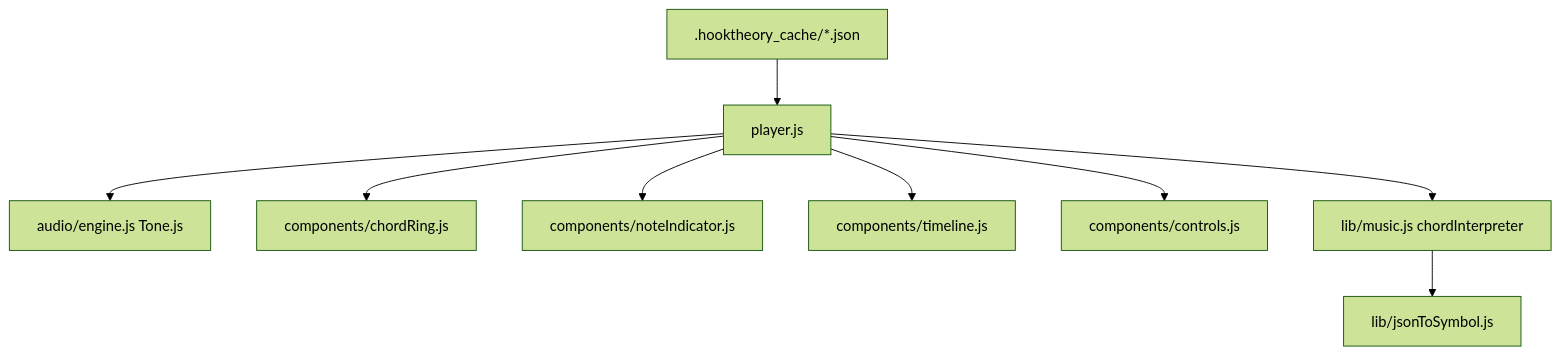
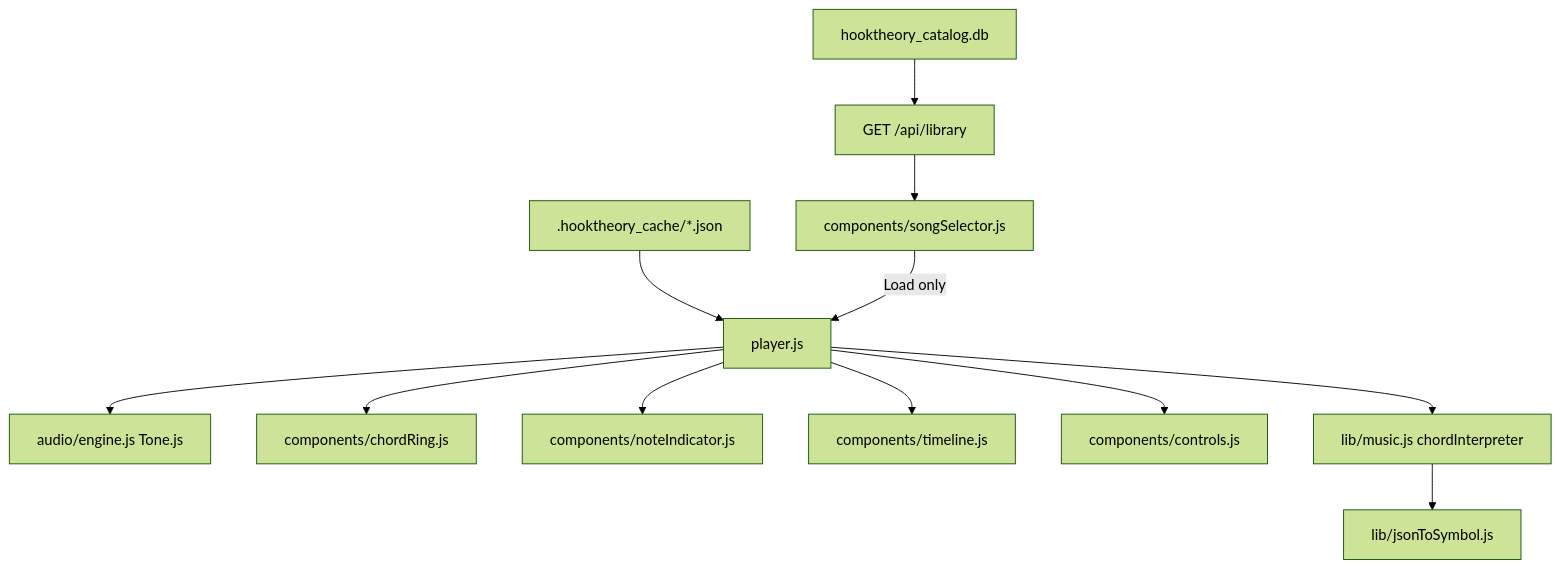
The first of 2 diagrams in documentation/ARCHITECTURE.md (briansgithub/diatonic_ring), drawn with Mermaid (forest theme) before and after one commit. The commit also changed other lines of this file and 22 other files, not shown here.

First line of the commit message:
Unify catalog and cache for Song Selector with gated Load.

````diff
--- a/documentation/ARCHITECTURE.md
+++ b/documentation/ARCHITECTURE.md
@@ -32,11 +32,14 @@
 ```mermaid
 flowchart TD
   cache[".hooktheory_cache/*.json"] --> player[player.js]
+  catalog["hooktheory_catalog.db"] --> libApi["GET /api/library"]
+  libApi --> selector[components/songSelector.js]
+  selector -->|"Load only"| player
   player --> engine[audio/engine.js Tone.js]
   player --> ring[components/chordRing.js]
   player --> note[components/noteIndicator.js]
   player --> tl[components/timeline.js]
   player --> ctrl[components/controls.js]
   player --> interp["lib/music.js chordInterpreter"]
   interp --> sym[lib/jsonToSymbol.js]
 ```
````
